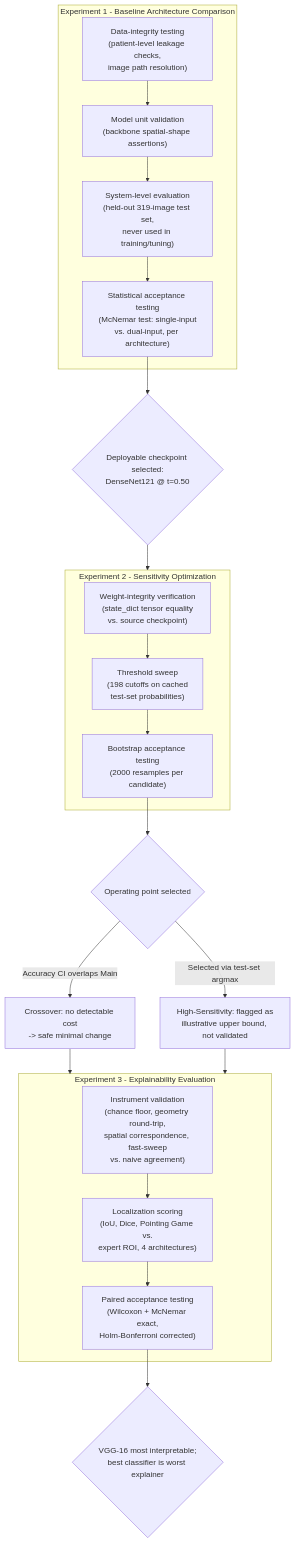
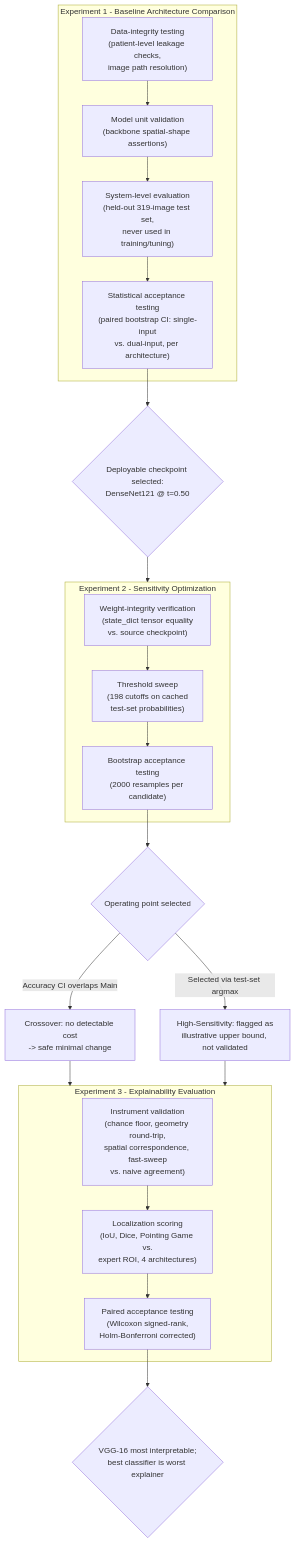
The diagram in zdocs/results_testing_evaluation.md (jesimoandrew/Explainable-Breast-Cancer-Detection-Model), drawn with Mermaid before and after one commit. The commit also changed other lines of this file and 2 other files, not shown here.

Commit message:
docs: removed McNemar variable in documents

````diff
--- a/zdocs/results_testing_evaluation.md
+++ b/zdocs/results_testing_evaluation.md
@@ -244,24 +244,24 @@
 ```mermaid
 flowchart TD
     subgraph P1["Experiment 1 - Baseline Architecture Comparison"]
         A["Data-integrity testing\n(patient-level leakage checks,\nimage path resolution)"] --> B["Model unit validation\n(backbone spatial-shape assertions)"]
         B --> C["System-level evaluation\n(held-out 319-image test set,\nnever used in training/tuning)"]
-        C --> D["Statistical acceptance testing\n(McNemar test: single-input\nvs. dual-input, per architecture)"]
+        C --> D["Statistical acceptance testing\n(paired bootstrap CI: single-input\nvs. dual-input, per architecture)"]
     end
     D --> H{"Deployable checkpoint selected:\nDenseNet121 @ t=0.50"}
     H --> P2
     subgraph P2["Experiment 2 - Sensitivity Optimization"]
         I["Weight-integrity verification\n(state_dict tensor equality\nvs. source checkpoint)"] --> J["Threshold sweep\n(198 cutoffs on cached\ntest-set probabilities)"]
         J --> K["Bootstrap acceptance testing\n(2000 resamples per candidate)"]
     end
     K --> L{"Operating point selected"}
     L -->|"Accuracy CI overlaps Main"| M["Crossover: no detectable cost\n-> safe minimal change"]
     L -->|"Selected via test-set argmax"| N["High-Sensitivity: flagged as\nillustrative upper bound, not validated"]
     M --> P3
     N --> P3
     subgraph P3["Experiment 3 - Explainability Evaluation"]
         O["Instrument validation\n(chance floor, geometry round-trip,\nspatial correspondence, fast-sweep\nvs. naive agreement)"] --> Q["Localization scoring\n(IoU, Dice, Pointing Game vs.\nexpert ROI, 4 architectures)"]
-        Q --> R["Paired acceptance testing\n(Wilcoxon + McNemar exact,\nHolm-Bonferroni corrected)"]
+        Q --> R["Paired acceptance testing\n(Wilcoxon signed-rank,\nHolm-Bonferroni corrected)"]
     end
     R --> S{"VGG-16 most interpretable;\nbest classifier is worst explainer"}
 ```
````
